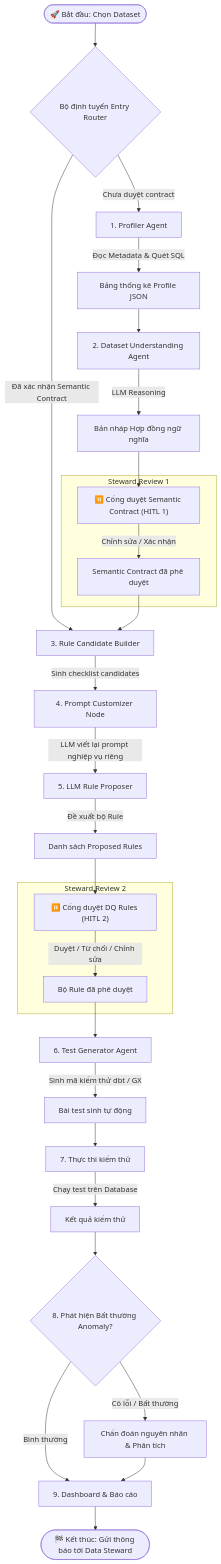
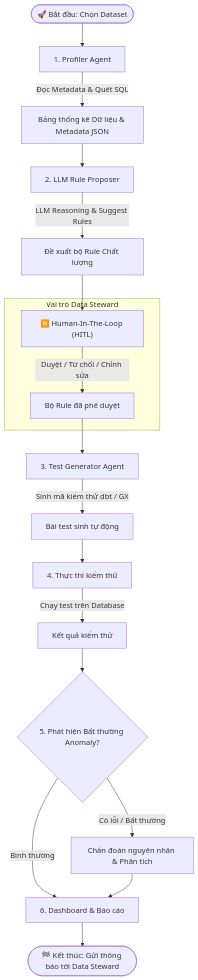
Before and after one commit to Phongnhv/P_28_Deploy: the third of 7 diagrams in docs/architecture_diagram.md, drawn with Mermaid. The commit also changed other lines of this file and 10 other files, not shown here.

Commit message:
feat: implement persist_report_node to archive test results to DB and filesystem while adding DQ run tracking documentation

````diff
--- a/docs/architecture_diagram.md
+++ b/docs/architecture_diagram.md
@@ -143,46 +143,33 @@
 ```mermaid
 flowchart TD
-    START([🚀 Bắt đầu: Chọn Dataset]) --> EntryRouter{Bộ định tuyến Entry Router}
+    START([🚀 Bắt đầu: Chọn Dataset]) --> ProfilerNode[1. Profiler Agent]
     
-    %% 1. Profiler & Understanding
-    EntryRouter -->|Chưa duyệt contract| ProfilerNode[1. Profiler Agent]
-    ProfilerNode -->|Đọc Metadata & Quét SQL| ProfileStats[Bảng thống kê Profile JSON]
-    ProfileStats --> DatasetUnderNode[2. Dataset Understanding Agent]
-    DatasetUnderNode -->|LLM Reasoning| SemanticContractDraft[Bản nháp Hợp đồng ngữ nghĩa]
+    %% 1. Profiler
+    ProfilerNode -->|Đọc Metadata & Quét SQL| ProfileStats[Bảng thống kê Dữ liệu & Metadata JSON]
     
-    %% 2. HITL Gate 1 (Semantic Review)
-    SemanticContractDraft --> HITL_Semantic["⏸️ Cổng duyệt Semantic Contract (HITL 1)"]
-    subgraph Semantic_Review ["Steward Review 1"]
-        HITL_Semantic -->|Chỉnh sửa / Xác nhận| ConfirmedContract[Semantic Contract đã phê duyệt]
+    %% 2. Rule Proposer (LLM Reasoning)
+    ProfileStats --> RuleProposerNode[2. LLM Rule Proposer]
+    RuleProposerNode -->|LLM Reasoning & Suggest Rules| ProposedRules[Đề xuất bộ Rule Chất lượng]
+    
+    %% 3. HITL (Human-In-The-Loop)
+    ProposedRules --> HITLNode["⏸️ Human-In-The-Loop (HITL)"]
+    subgraph HITL_Section ["Vai trò Data Steward"]
+        HITLNode -->|Duyệt / Từ chối / Chỉnh sửa| ApprovedRules[Bộ Rule đã phê duyệt]
     end
     
-    EntryRouter -->|Đã xác nhận Semantic Contract| rule_candidate_builder
-    ConfirmedContract --> rule_candidate_builder[3. Rule Candidate Builder]
-    
-    %% 3. Prompt Customizer & Rule Proposer
-    rule_candidate_builder -->|Sinh checklist candidates| prompt_customizer[4. Prompt Customizer Node]
-    prompt_customizer -->|LLM viết lại prompt nghiệp vụ riêng| rule_proposer[5. LLM Rule Proposer]
-    rule_proposer -->|Đề xuất bộ Rule| ProposedRules[Danh sách Proposed Rules]
-    
-    %% 4. HITL Gate 2 (Rules Review)
-    ProposedRules --> HITL_Rule["⏸️ Cổng duyệt DQ Rules (HITL 2)"]
-    subgraph Rule_Review ["Steward Review 2"]
-        HITL_Rule -->|Duyệt / Từ chối / Chỉnh sửa| ApprovedRules[Bộ Rule đã phê duyệt]
-    end
-    
-    %% 5. Test Generator
-    ApprovedRules --> TestGenNode[6. Test Generator Agent]
+    %% 4. Test Generator
+    ApprovedRules --> TestGenNode[3. Test Generator Agent]
     TestGenNode -->|Sinh mã kiểm thử dbt / GX| TestScripts[Bài test sinh tự động]
     
-    %% 6. Test Runner & Anomaly Detector
-    TestScripts --> TestRunnerNode[7. Thực thi kiểm thử]
+    %% 5. Test Runner & Anomaly Detector
+    TestScripts --> TestRunnerNode[4. Thực thi kiểm thử]
     TestRunnerNode -->|Chạy test trên Database| TestResults[Kết quả kiểm thử]
-    TestResults --> AnomalyCheckNode{8. Phát hiện Bất thường Anomaly?}
+    TestResults --> AnomalyCheckNode{5. Phát hiện Bất thường Anomaly?}
     
-    %% 7. Diagnostic & Report
+    %% 6. Diagnostic & Report
     AnomalyCheckNode -->|Có lỗi / Bất thường| DiagnoseAnomaly[Chẩn đoán nguyên nhân & Phân tích]
-    AnomalyCheckNode -->|Bình thường| DashboardNode[9. Dashboard & Báo cáo]
+    AnomalyCheckNode -->|Bình thường| DashboardNode[6. Dashboard & Báo cáo]
     DiagnoseAnomaly --> DashboardNode
     
     DashboardNode --> END([🏁 Kết thúc: Gửi thông báo tới Data Steward])
 ```
````
